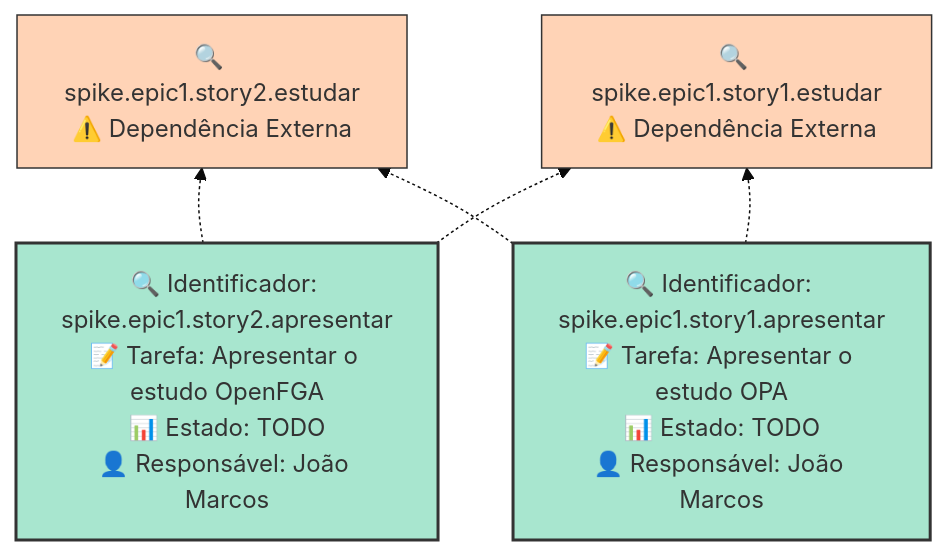
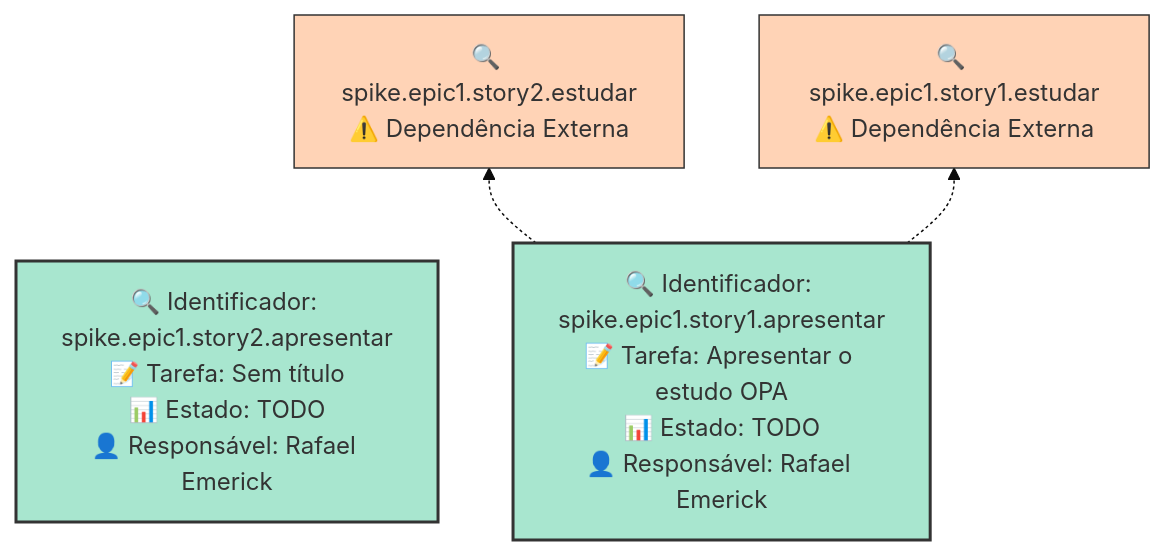
Before and after one commit to the-made-project/leds-tools-made-gestao: the diagram in example/sprints/apresentar.md, drawn with Mermaid (base theme). The commit also changed other lines of this file and 18 other files, not shown here.

````diff
--- a/example/sprints/apresentar.md
+++ b/example/sprints/apresentar.md
@@ -23,14 +23,12 @@
 ```mermaid
 graph BT
     classDef sprint fill:#a8e6cf,stroke:#333,stroke-width:2px;
     classDef done fill:#98fb98,stroke:#333,stroke-width:2px;
     classDef external fill:#ffd3b6,stroke:#333,stroke-width:1px;
     spike.epic1.story2.estudar["🔍 spike.epic1.story2.estudar<br>⚠️ Dependência Externa"]:::external
     spike.epic1.story1.estudar["🔍 spike.epic1.story1.estudar<br>⚠️ Dependência Externa"]:::external
-    spike.epic1.story2.apresentar["🔍 Identificador: spike.epic1.story2.apresentar<br>📝 Tarefa: Apresentar o estudo OpenFGA<br>📊 Estado: TODO<br>👤 Responsável: João Marcos "]:::sprint
-    spike.epic1.story1.apresentar["🔍 Identificador: spike.epic1.story1.apresentar<br>📝 Tarefa: Apresentar o estudo OPA<br>📊 Estado: TODO<br>👤 Responsável: João Marcos "]:::sprint
-    spike.epic1.story2.apresentar -.-> spike.epic1.story2.estudar
-    spike.epic1.story2.apresentar -.-> spike.epic1.story1.estudar
+    spike.epic1.story2.apresentar["🔍 Identificador: spike.epic1.story2.apresentar<br>📝 Tarefa: Sem título<br>📊 Estado: TODO<br>👤 Responsável: Rafael Emerick"]:::sprint
+    spike.epic1.story1.apresentar["🔍 Identificador: spike.epic1.story1.apresentar<br>📝 Tarefa: Apresentar o estudo OPA<br>📊 Estado: TODO<br>👤 Responsável: Rafael Emerick"]:::sprint
     spike.epic1.story1.apresentar -.-> spike.epic1.story2.estudar
     spike.epic1.story1.apresentar -.-> spike.epic1.story1.estudar
 ```
````
